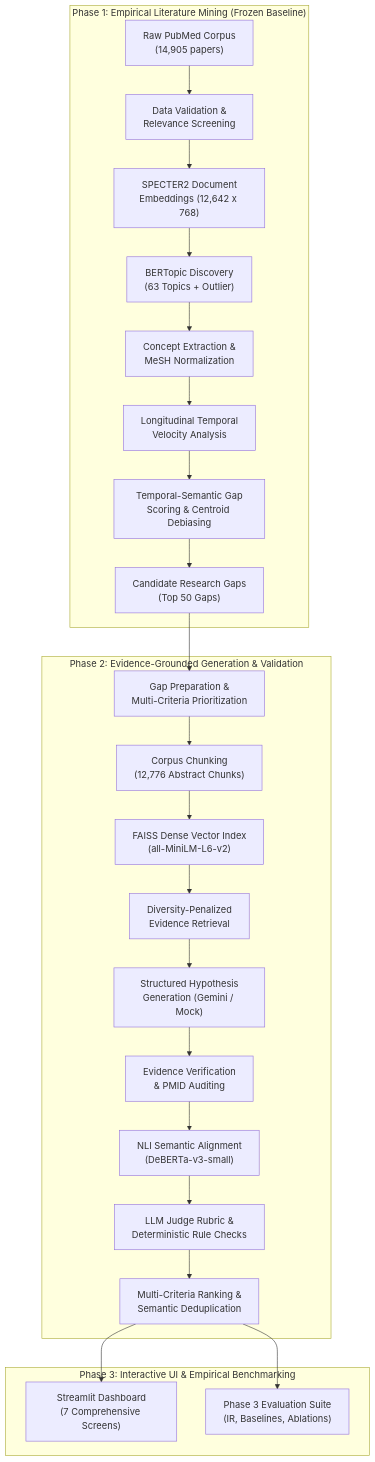
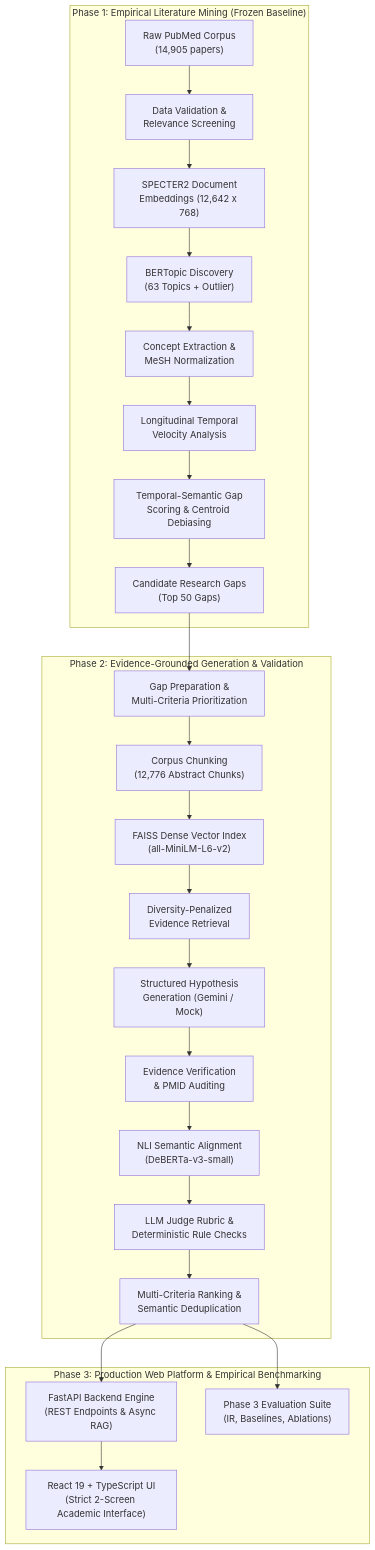
One commit to Bhuvanasri-gundu/Major-project changed the first of 2 diagrams in ARCHITECTURE.md. Above: the diagram before and after it, drawn with Mermaid. The commit also changed other lines of this file and 56 other files, not shown here.

First line of the commit message:
feat: migrate from Streamlit to React 19 + TypeScript + Vite frontend and FastAPI backend

````diff
--- a/ARCHITECTURE.md
+++ b/ARCHITECTURE.md
@@ -13,29 +13,30 @@
 ```mermaid
 flowchart TD
     subgraph Phase1["Phase 1: Empirical Literature Mining (Frozen Baseline)"]
         D1["Raw PubMed Corpus\n(14,905 papers)"] --> D2["Data Validation &\nRelevance Screening"]
         D2 --> D3["SPECTER2 Document\nEmbeddings (12,642 x 768)"]
         D3 --> D4["BERTopic Discovery\n(63 Topics + Outlier)"]
         D4 --> D5["Concept Extraction &\nMeSH Normalization"]
         D5 --> D6["Longitudinal Temporal\nVelocity Analysis"]
         D6 --> D7["Temporal-Semantic Gap\nScoring & Centroid Debiasing"]
         D7 --> D8["Candidate Research Gaps\n(Top 50 Gaps)"]
     end
 
     subgraph Phase2["Phase 2: Evidence-Grounded Generation & Validation"]
         D8 --> P1["Gap Preparation &\nMulti-Criteria Prioritization"]
         P1 --> P2["Corpus Chunking\n(12,776 Abstract Chunks)"]
         P2 --> P3["FAISS Dense Vector Index\n(all-MiniLM-L6-v2)"]
         P3 --> P4["Diversity-Penalized\nEvidence Retrieval"]
         P4 --> P5["Structured Hypothesis\nGeneration (Gemini / Mock)"]
         P5 --> P6["Evidence Verification\n& PMID Auditing"]
         P6 --> P7["NLI Semantic Alignment\n(DeBERTa-v3-small)"]
         P7 --> P8["LLM Judge Rubric &\nDeterministic Rule Checks"]
         P8 --> P9["Multi-Criteria Ranking &\nSemantic Deduplication"]
     end
 
-    subgraph Phase3["Phase 3: Interactive UI & Empirical Benchmarking"]
-        P9 --> UI["Streamlit Dashboard\n(7 Comprehensive Screens)"]
+    subgraph Phase3["Phase 3: Production Web Platform & Empirical Benchmarking"]
+        P9 --> API["FastAPI Backend Engine\n(REST Endpoints & Async RAG)"]
+        API --> UI["React 19 + TypeScript UI\n(Strict 2-Screen Academic Interface)"]
         P9 --> EV["Phase 3 Evaluation Suite\n(IR, Baselines, Ablations)"]
     end
 ```
````
